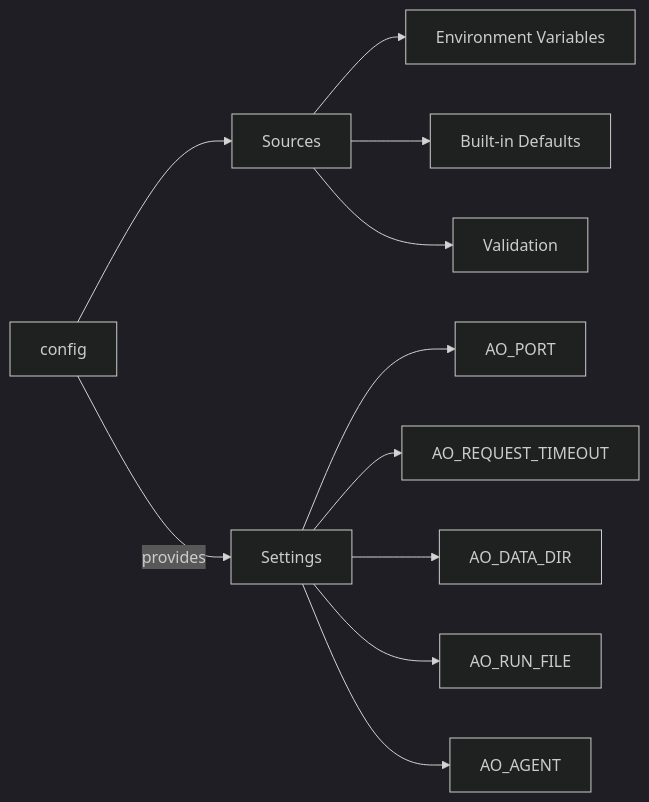
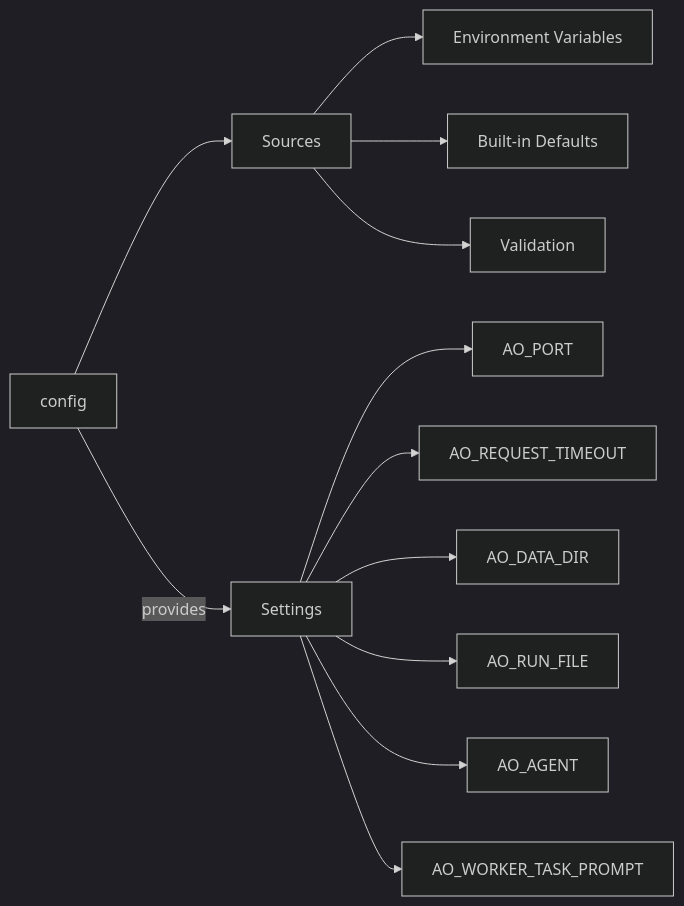
One commit to polymath-ventures/agent-orchestrator changed diagram 18 of 23 in docs/backend-code-structure.md. Above: the diagram before and after it, drawn with Mermaid (dark theme). The commit also changed other lines of this file and 20 other files, not shown here.

````diff
--- a/docs/backend-code-structure.md
+++ b/docs/backend-code-structure.md
@@ -681,17 +681,18 @@
 ```mermaid
 graph LR
     Config[config] --> Sources[Sources]
 
     Sources --> Env[Environment Variables]
     Sources --> Defaults[Built-in Defaults]
     Sources --> Validate[Validation]
 
     Config -->|provides| Settings[Settings]
 
     Settings --> Port[AO_PORT]
     Settings --> Timeout[AO_REQUEST_TIMEOUT]
     Settings --> DataDir[AO_DATA_DIR]
     Settings --> RunFile[AO_RUN_FILE]
     Settings --> Agent[AO_AGENT]
+    Settings --> WorkerPrompt[AO_WORKER_TASK_PROMPT]
 
 ```
````
